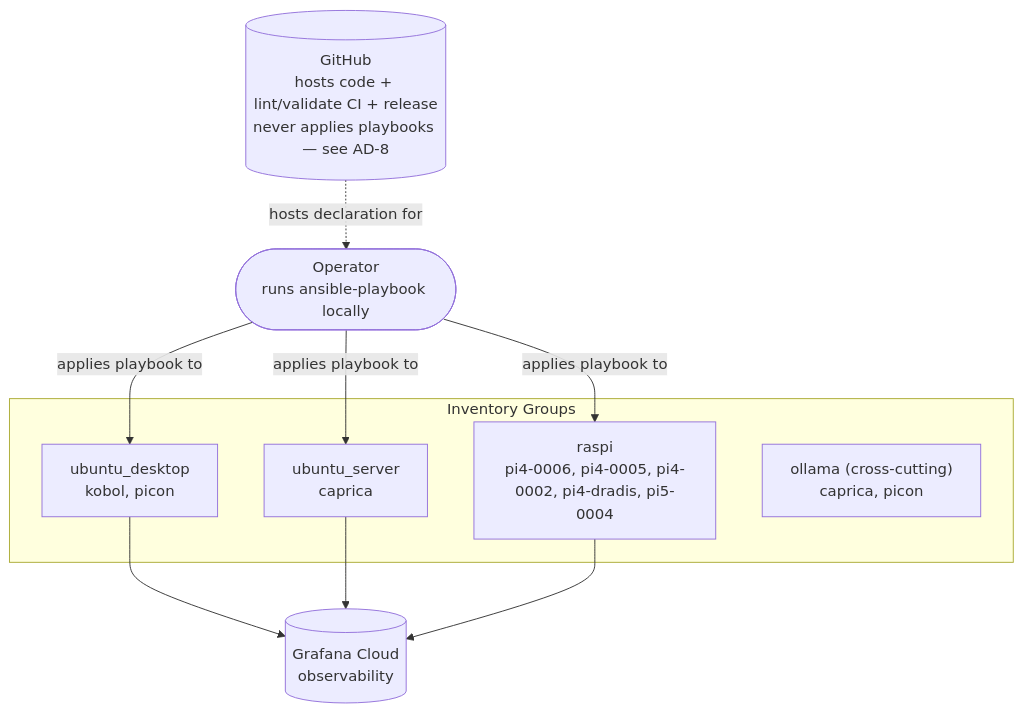
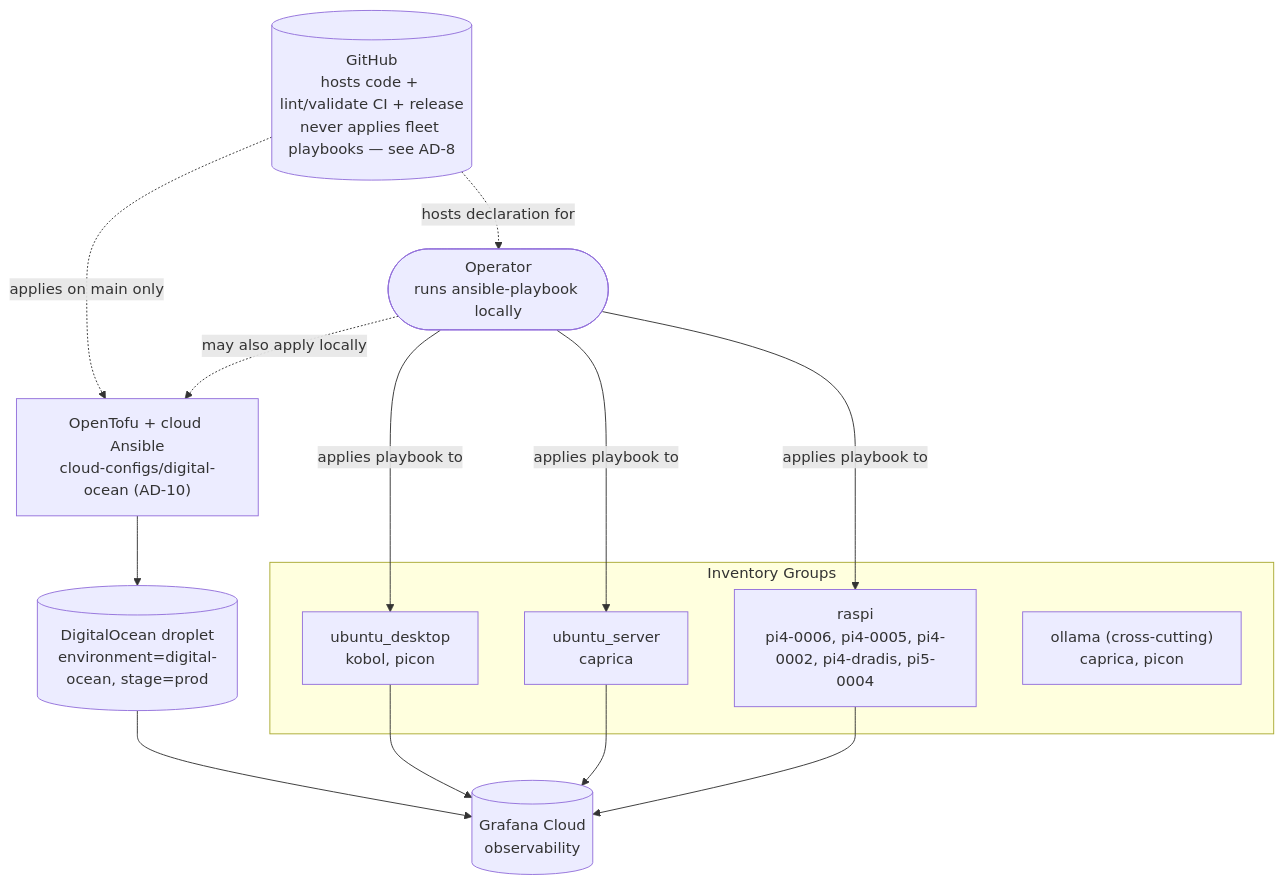
Before and after one commit to sommerfeld-io/configs-homelab: the second of 2 diagrams in _bmad-output/planning-artifacts/architecture/architecture-configs-homelab-2026-08-24/ARCHITECTURE-SPINE.md, drawn with Mermaid. The commit also changed other lines of this file and 13 other files, not shown here.

First line of the commit message:
docs(digital-ocean): apply architecture validation to spine, spec and stories

````diff
--- a/_bmad-output/planning-artifacts/architecture/architecture-configs-homelab-2026-08-24/ARCHITECTURE-SPINE.md
+++ b/_bmad-output/planning-artifacts/architecture/architecture-configs-homelab-2026-08-24/ARCHITECTURE-SPINE.md
@@ -155,20 +171,26 @@
 ```mermaid
 graph TD
     subgraph Inventory Groups
         UD["ubuntu_desktop<br/>kobol, picon"]
         US["ubuntu_server<br/>caprica"]
         RP["raspi<br/>pi4-0006, pi4-0005, pi4-0002, pi4-dradis, pi5-0004"]
         OL["ollama (cross-cutting)<br/>caprica, picon"]
     end
     OP(["Operator<br/>runs ansible-playbook locally"])
-    GH[("GitHub<br/>hosts code + lint/validate CI + release<br/>never applies playbooks — see AD-8")]
+    GH[("GitHub<br/>hosts code + lint/validate CI + release<br/>never applies fleet playbooks — see AD-8")]
     GC[("Grafana Cloud<br/>observability")]
+    OT["OpenTofu + cloud Ansible<br/>cloud-configs/digital-ocean (AD-10)"]
+    DO[("DigitalOcean droplet<br/>environment=digital-ocean, stage=prod")]
 
+    GH -. "applies on main only" .-> OT
+    OP -. "may also apply locally" .-> OT
+    OT --> DO
+    DO --> GC
     GH -. "hosts declaration for" .-> OP
     OP -- "applies playbook to" --> UD
     OP -- "applies playbook to" --> US
     OP -- "applies playbook to" --> RP
     UD --> GC
     US --> GC
     RP --> GC
 ```
````
